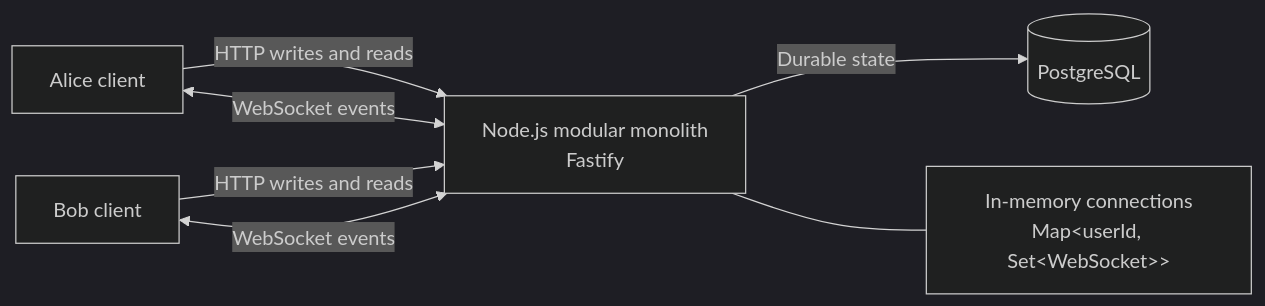
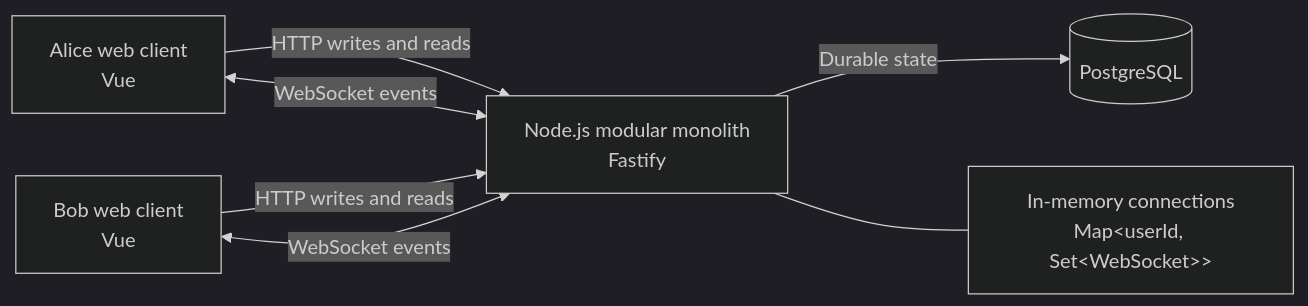
The first of 2 diagrams in docs/architecture/initial-architecture.md (vpdiogo/newmessenger), drawn with Mermaid (dark theme) before and after one commit. The commit also changed other lines of this file and 17 other files, not shown here.

Commit message:
feat(web): add authentication flows

````diff
--- a/docs/architecture/initial-architecture.md
+++ b/docs/architecture/initial-architecture.md
@@ -11,15 +11,15 @@
 ```mermaid
 flowchart LR
-  alice["Alice client"]
-  bob["Bob client"]
+  alice["Alice web client<br/>Vue"]
+  bob["Bob web client<br/>Vue"]
   app["Node.js modular monolith<br/>Fastify"]
   database[("PostgreSQL")]
   sockets["In-memory connections<br/>Map&lt;userId, Set&lt;WebSocket&gt;&gt;"]
 
   alice -->|HTTP writes and reads| app
   bob -->|HTTP writes and reads| app
   alice <-->|WebSocket events| app
   bob <-->|WebSocket events| app
   app -->|Durable state| database
   app --- sockets
 ```
````
